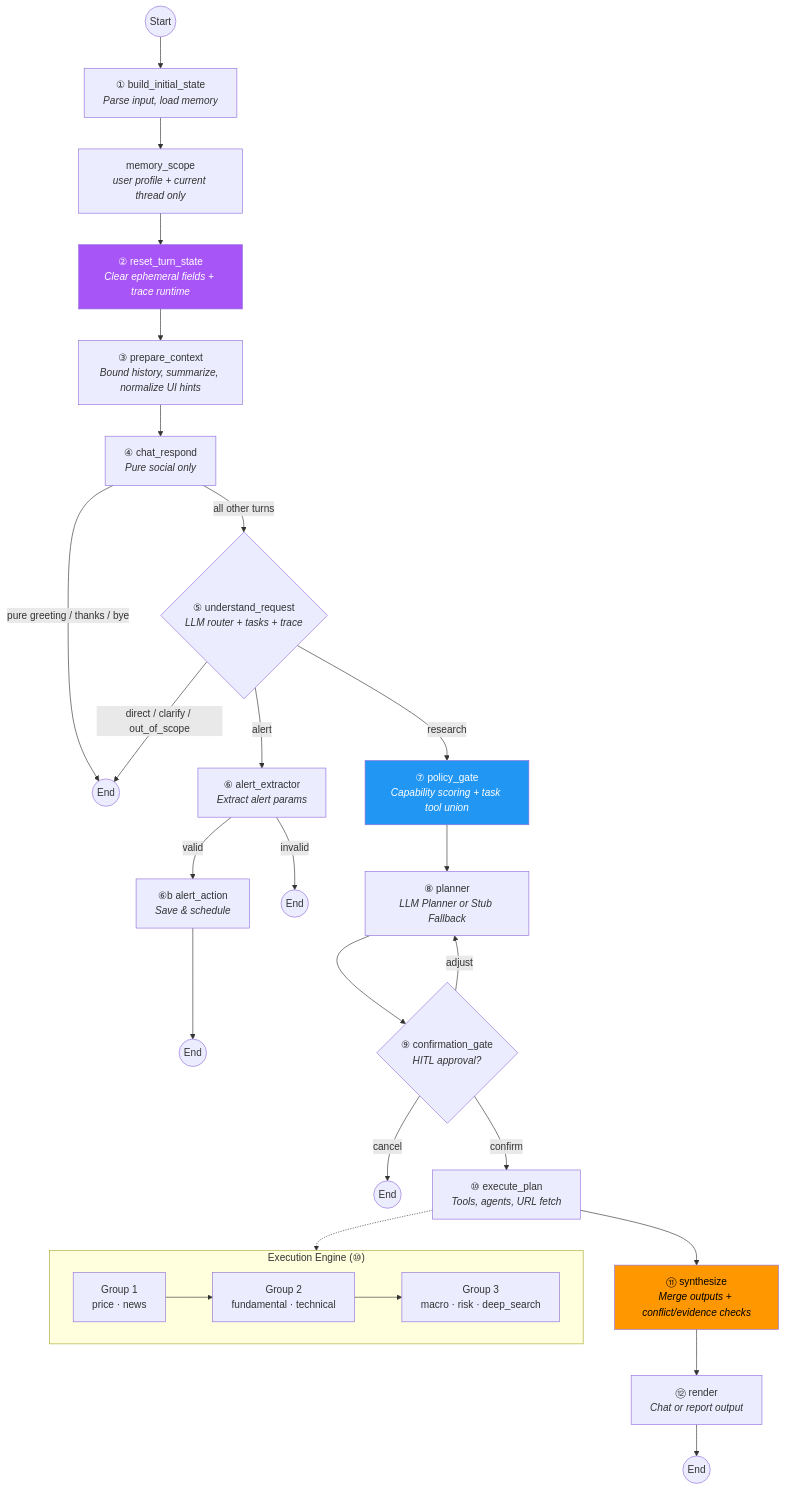
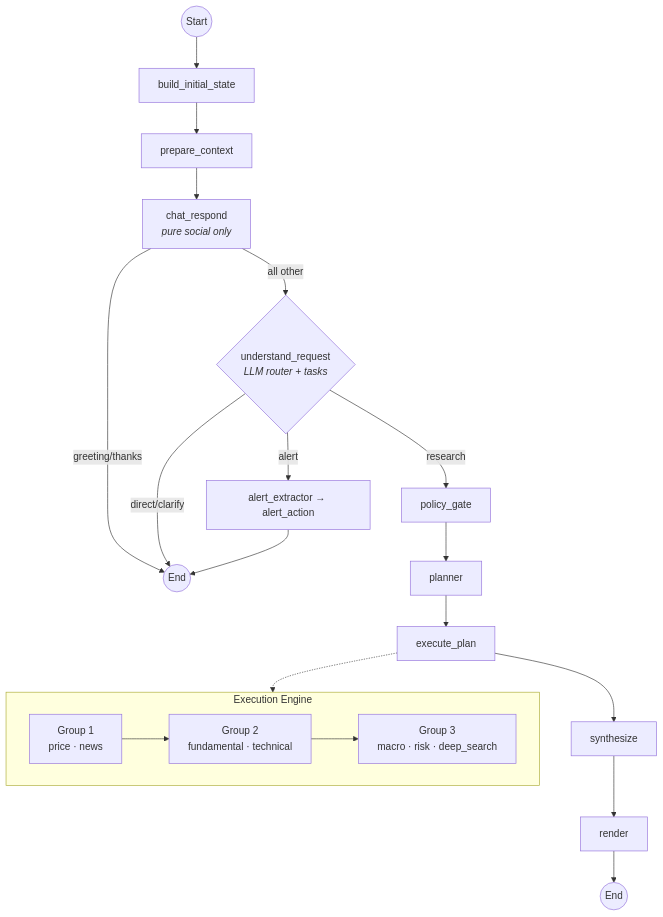
One commit to kkkano/FinSight changed the second of 3 diagrams in README.md. Above: the diagram before and after it, drawn with Mermaid. The commit also changed other lines of this file and 4 other files, not shown here.

````diff
--- a/README.md
+++ b/README.md
@@ -327,39 +209,20 @@
 ```mermaid
 flowchart TD
-    START((Start)) --> INIT["① build_initial_state<br/><i>Parse input, load memory</i>"]
-    INIT --> MEMSCOPE["memory_scope<br/><i>user profile + current thread only</i>"]
-    MEMSCOPE --> RESET["② reset_turn_state<br/><i>Clear ephemeral fields + trace runtime</i>"]
-    RESET --> PREPARE["③ prepare_context<br/><i>Bound history, summarize, normalize UI hints</i>"]
-    PREPARE --> CHATRESP["④ chat_respond<br/><i>Pure social only</i>"]
-    CHATRESP -->|"pure greeting / thanks / bye"| END_CHAT((End))
-    CHATRESP -->|"all other turns"| UNDERSTAND{"⑤ understand_request<br/><i>LLM router + tasks + trace</i>"}
+    START((Start)) --> INIT["build_initial_state"]
+    INIT --> PREPARE["prepare_context"]
+    PREPARE --> CHATRESP["chat_respond<br/><i>pure social only</i>"]
+    CHATRESP -->|"greeting/thanks"| END_CHAT((End))
+    CHATRESP -->|"all other"| UNDERSTAND{"understand_request<br/><i>LLM router + tasks</i>"}
+    UNDERSTAND -->|"direct/clarify"| END_CHAT
+    UNDERSTAND -->|"alert"| ALERT["alert_extractor → alert_action"]
+    ALERT --> END_CHAT
+    UNDERSTAND -->|"research"| POLICY["policy_gate"] --> PLAN["planner"]
+    PLAN --> EXEC["execute_plan"]
+    EXEC --> SYNTH["synthesize"] --> RENDER["render"] --> END((End))
 
-    UNDERSTAND -->|"direct / clarify / out_of_scope"| END_CHAT
-    UNDERSTAND -->|"alert"| ALERT_EX["⑥ alert_extractor<br/><i>Extract alert params</i>"]
-    ALERT_EX -->|"valid"| ALERT_ACT["⑥b alert_action<br/><i>Save & schedule</i>"]
-    ALERT_EX -->|"invalid"| END_ALERT_INVALID((End))
-    ALERT_ACT --> END_ALERT((End))
-    UNDERSTAND -->|"research"| POLICY["⑦ policy_gate<br/><i>Capability scoring + task tool union</i>"]
-    POLICY --> PLAN["⑧ planner<br/><i>LLM Planner or Stub Fallback</i>"]
-
-    PLAN --> CONFIRM{"⑨ confirmation_gate<br/><i>HITL approval?</i>"}
-    CONFIRM -->|"cancel"| END_CANCEL((End))
-    CONFIRM -->|"adjust"| PLAN
-    CONFIRM -->|"confirm"| EXEC["⑩ execute_plan<br/><i>Tools, agents, URL fetch</i>"]
-
-    EXEC --> SYNTH["⑪ synthesize<br/><i>Merge outputs + conflict/evidence checks</i>"]
-    SYNTH --> RENDER["⑫ render<br/><i>Chat or report output</i>"]
-    RENDER --> END((End))
-
-    subgraph "Execution Engine (⑩)"
+    subgraph "Execution Engine"
         direction LR
-        EG1["Group 1<br/>price · news"] --> EG2["Group 2<br/>fundamental · technical"]
-        EG2 --> EG3["Group 3<br/>macro · risk · deep_search"]
+        G1["Group 1<br/>price · news"] --> G2["Group 2<br/>fundamental · technical"] --> G3["Group 3<br/>macro · risk · deep_search"]
     end
-
-    EXEC -.-> EG1
-
-    style RESET fill:#a855f7,color:#fff
-    style SYNTH fill:#ff9800,color:#000
-    style POLICY fill:#2196f3,color:#fff
+    EXEC -.-> G1
 ```
````
